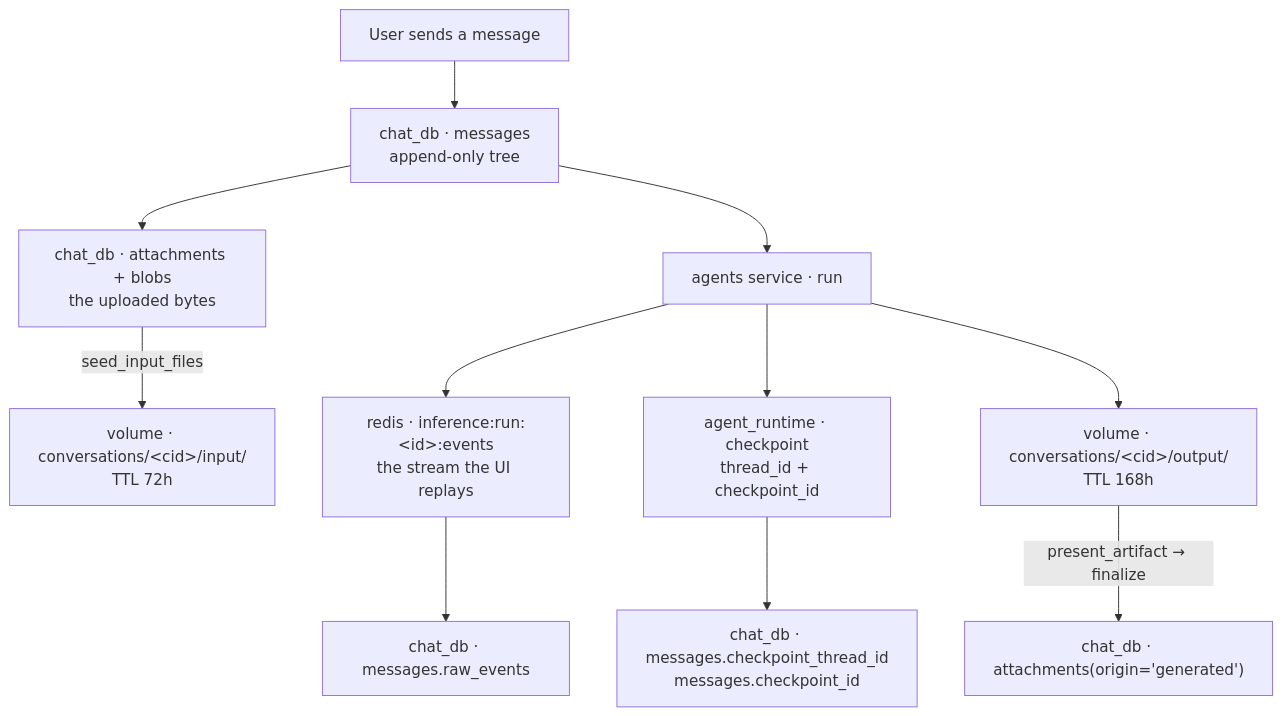
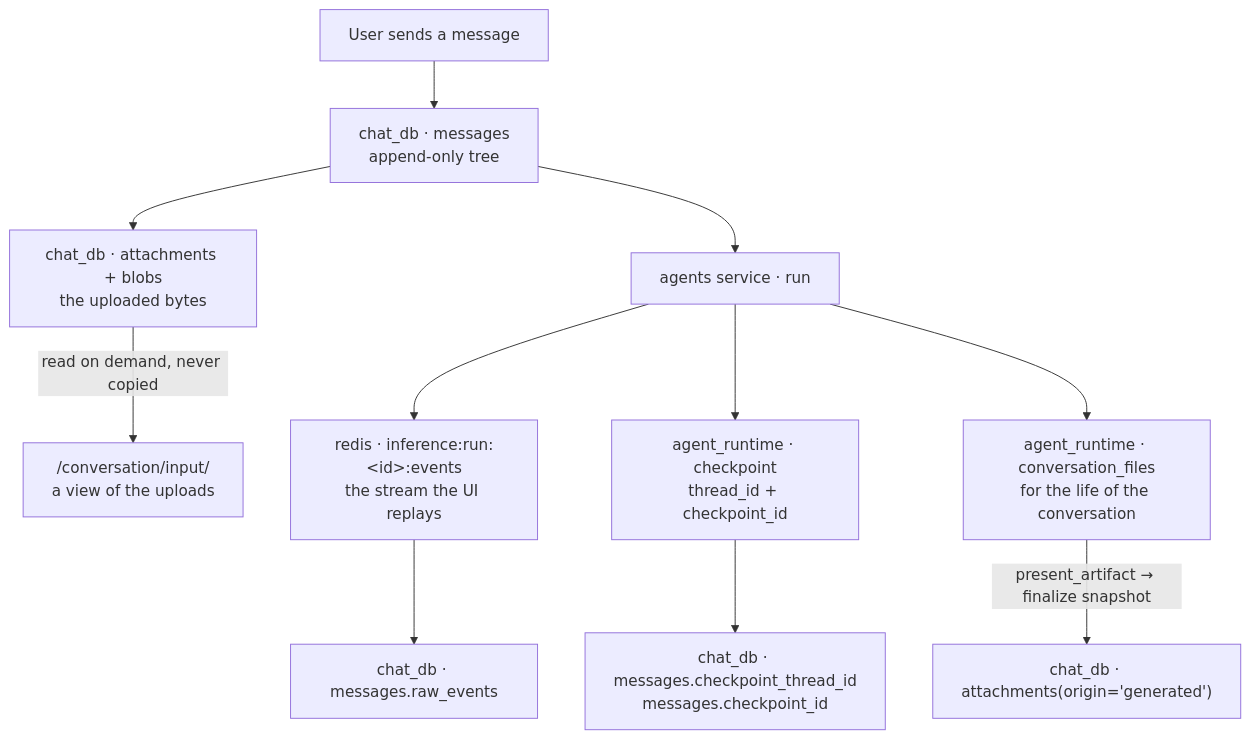
Before and after one commit to konstantinosmpouros/mAgenticX: the diagram in docs/draft/state-and-storage-map.md, drawn with Mermaid. The commit also changed other lines of this file and 133 other files, not shown here.

````diff
--- a/docs/draft/state-and-storage-map.md
+++ b/docs/draft/state-and-storage-map.md
@@ -29,13 +29,13 @@
 ```mermaid
 flowchart TD
     U["User sends a message"] --> M["chat_db · messages<br/>append-only tree"]
     M --> A["chat_db · attachments + blobs<br/>the uploaded bytes"]
-    A -->|seed_input_files| IN["volume · conversations/&lt;cid&gt;/input/<br/>TTL 72h"]
+    A -->|read on demand, never copied| IN["/conversation/input/<br/>a view of the uploads"]
     M --> R["agents service · run"]
     R --> EV["redis · inference:run:&lt;id&gt;:events<br/>the stream the UI replays"]
     R --> CP["agent_runtime · checkpoint<br/>thread_id + checkpoint_id"]
-    R --> OUT["volume · conversations/&lt;cid&gt;/output/<br/>TTL 168h"]
-    OUT -->|present_artifact → finalize| GEN["chat_db · attachments(origin='generated')"]
+    R --> OUT["agent_runtime · conversation_files<br/>for the life of the conversation"]
+    OUT -->|present_artifact → finalize snapshot| GEN["chat_db · attachments(origin='generated')"]
     CP --> M2["chat_db · messages.checkpoint_thread_id<br/>messages.checkpoint_id"]
     EV --> M3["chat_db · messages.raw_events"]
 ```
````
